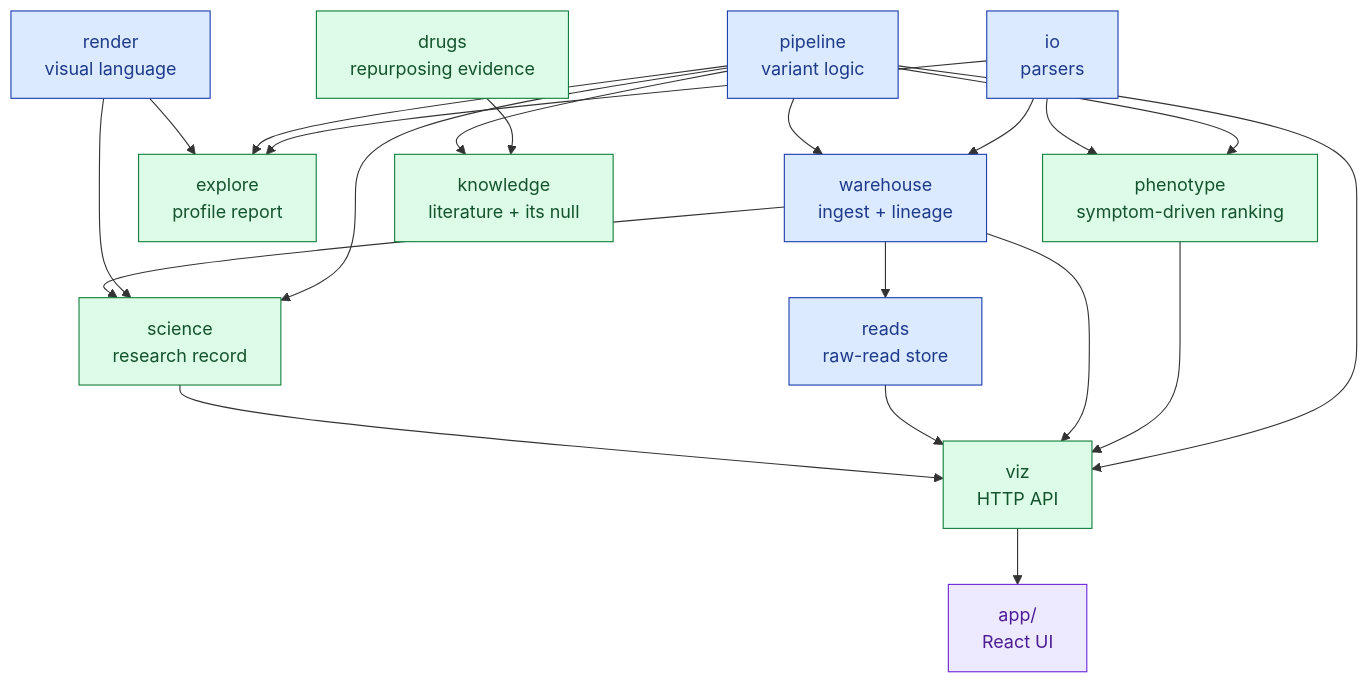
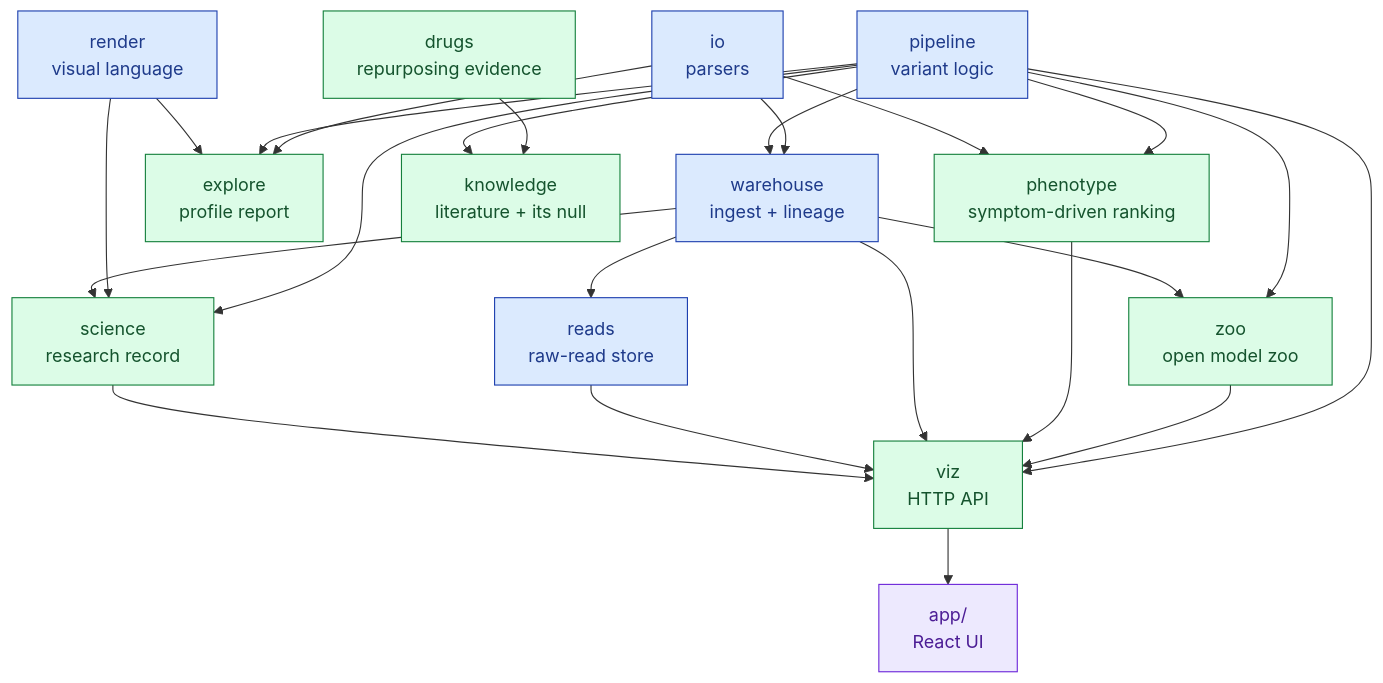
The diagram in src/mva/README.md (agharsallah/mva-hackathon), drawn with Mermaid before and after one commit. The commit also changed other lines of this file and 12 other files, not shown here.

````diff
--- a/src/mva/README.md
+++ b/src/mva/README.md
@@ -26,39 +27,43 @@
 ```mermaid
 graph TD
     io[io<br/>parsers]:::machine
     render[render<br/>visual language]:::machine
     pipeline[pipeline<br/>variant logic]:::machine
     warehouse[warehouse<br/>ingest + lineage]:::machine
     reads[reads<br/>raw-read store]:::machine
     science[science<br/>research record]:::goal
     explore[explore<br/>profile report]:::goal
     viz[viz<br/>HTTP API]:::goal
     app[app/<br/>React UI]:::raw
 
     io --> warehouse
     io --> explore
     pipeline --> warehouse
     pipeline --> science
     pipeline --> explore
     pipeline --> viz
     phenotype[phenotype<br/>symptom-driven ranking]:::goal
     drugs[drugs<br/>repurposing evidence]:::goal
     knowledge[knowledge<br/>literature + its null]:::goal
+    zoo[zoo<br/>open model zoo]:::goal
+    pipeline --> zoo
+    warehouse --> zoo
+    zoo --> viz
     drugs --> knowledge
     pipeline --> knowledge
     pipeline --> phenotype
     io --> phenotype
     phenotype --> viz
     render --> science
     render --> explore
     warehouse --> science
     warehouse --> reads
     warehouse --> viz
     reads --> viz
     science --> viz
     viz --> app
 
     classDef machine fill:#dbeafe,stroke:#1e40af,color:#1e3a8a
     classDef goal fill:#dcfce7,stroke:#15803d,color:#14532d
     classDef raw fill:#ede9fe,stroke:#6d28d9,color:#4c1d95
 ```
````
